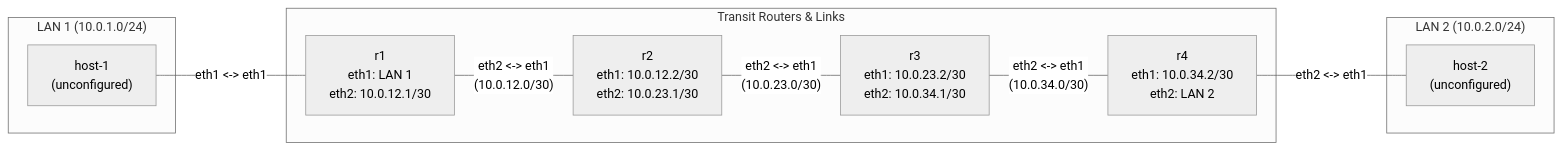
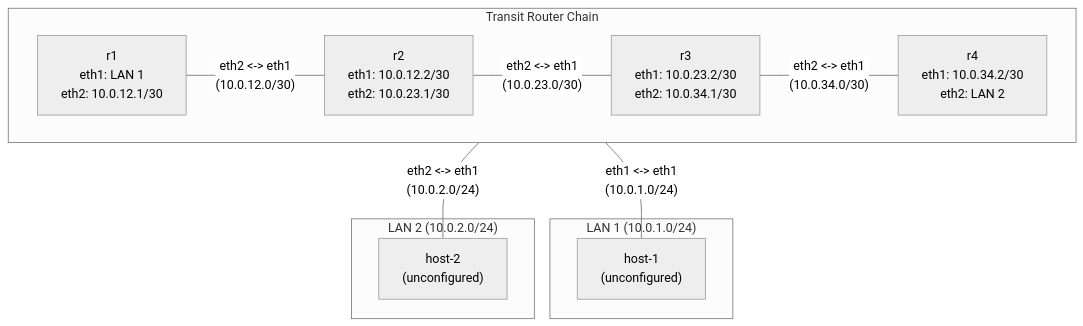
One commit to thangphan205/containerlab-demo changed the diagram in bai-tap-ve-nha/03-static-route-multi-hop/lab-guide_en.md. Above: the diagram before and after it, drawn with Mermaid (neutral theme). The commit also changed 1 other file, not shown here.

````diff
--- a/bai-tap-ve-nha/03-static-route-multi-hop/lab-guide_en.md
+++ b/bai-tap-ve-nha/03-static-route-multi-hop/lab-guide_en.md
@@ -18,23 +18,25 @@
 ```mermaid
-graph LR
-    subgraph lan1 ["LAN 1 (10.0.1.0/24)"]
-        host-1["host-1<br>(unconfigured)"]
-    end
-
-    subgraph routers ["Transit Routers & Links"]
+graph TD
+    subgraph transit ["Transit Router Chain"]
+        direction LR
         r1["r1<br>eth1: LAN 1<br>eth2: 10.0.12.1/30"]
         r2["r2<br>eth1: 10.0.12.2/30<br>eth2: 10.0.23.1/30"]
         r3["r3<br>eth1: 10.0.23.2/30<br>eth2: 10.0.34.1/30"]
         r4["r4<br>eth1: 10.0.34.2/30<br>eth2: LAN 2"]
+
+        r1 -- "eth2 <-> eth1<br>(10.0.12.0/30)" --- r2
+        r2 -- "eth2 <-> eth1<br>(10.0.23.0/30)" --- r3
+        r3 -- "eth2 <-> eth1<br>(10.0.34.0/30)" --- r4
+    end
+
+    subgraph lan1 ["LAN 1 (10.0.1.0/24)"]
+        host-1["host-1<br>(unconfigured)"]
     end
 
     subgraph lan2 ["LAN 2 (10.0.2.0/24)"]
         host-2["host-2<br>(unconfigured)"]
     end
 
-    host-1 -- "eth1 <-> eth1" --- r1
-    r1 -- "eth2 <-> eth1<br>(10.0.12.0/30)" --- r2
-    r2 -- "eth2 <-> eth1<br>(10.0.23.0/30)" --- r3
-    r3 -- "eth2 <-> eth1<br>(10.0.34.0/30)" --- r4
-    r4 -- "eth2 <-> eth1" --- host-2
+    r1 -- "eth1 <-> eth1<br>(10.0.1.0/24)" --- host-1
+    r4 -- "eth2 <-> eth1<br>(10.0.2.0/24)" --- host-2
 ```
````
